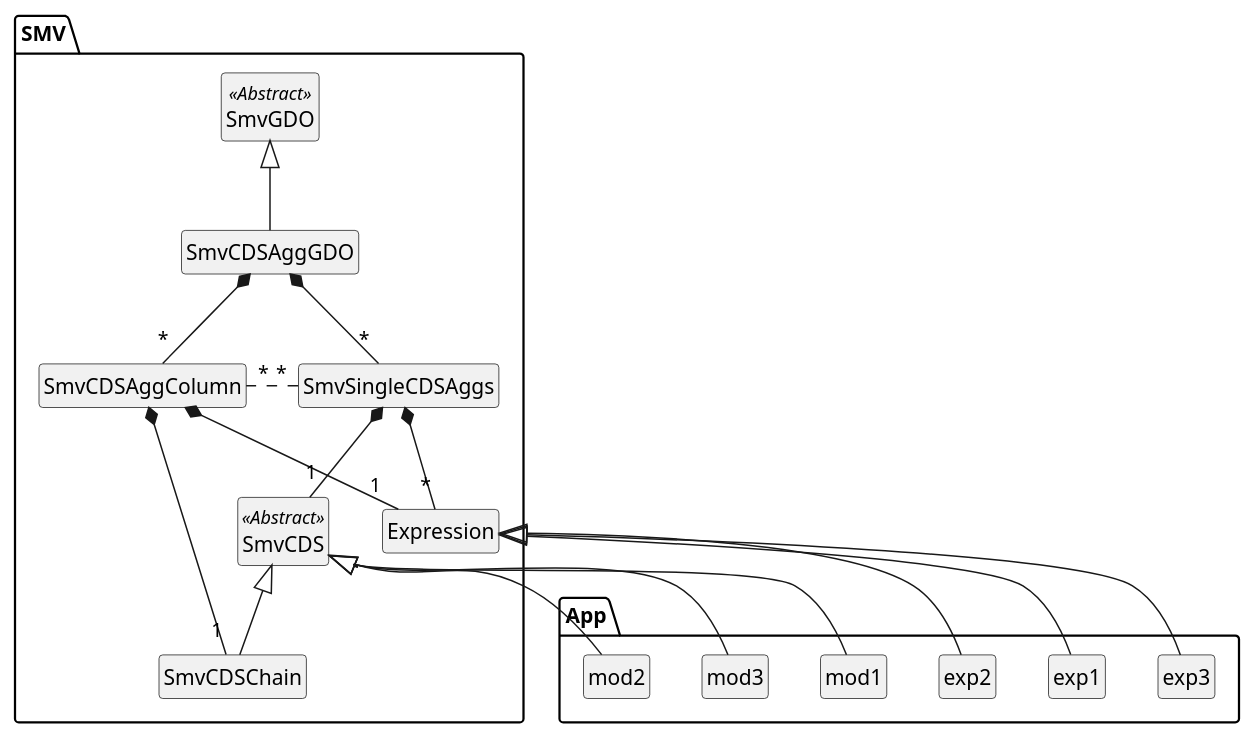
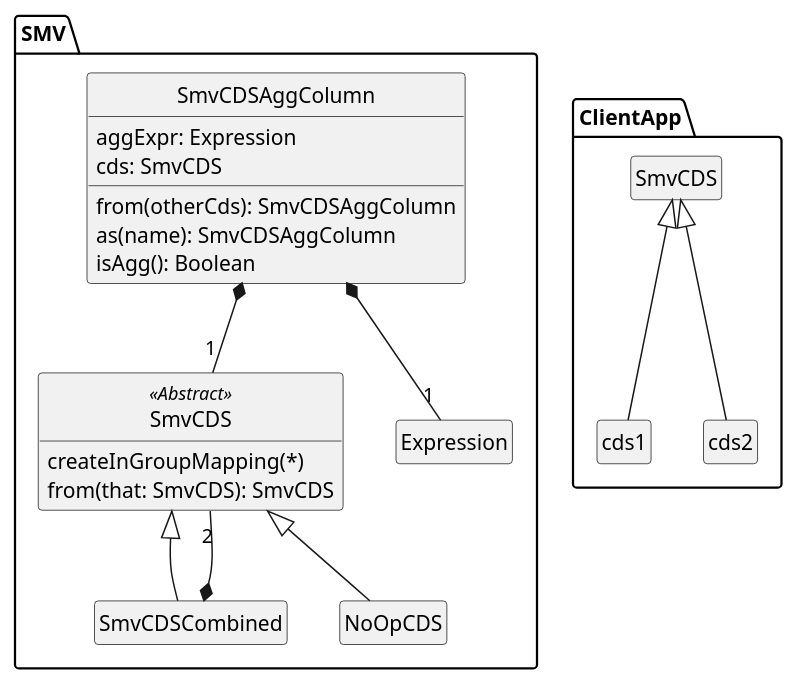
One commit to TresAmigosSD/SMV changed the diagram in docs/design/smvCDS.puml. Above: the diagram before and after it, drawn with PlantUML. The commit also changed 2 other files, not shown here.

Commit message:
Refine SmvCDS, SmvAggColumn structure

```diff
--- a/docs/design/smvCDS.puml
+++ b/docs/design/smvCDS.puml
@@ -1,40 +1,37 @@
 @startuml
 hide empty methods
 hide empty fields
 hide circle
 
 
 
 package SMV {
-  class Expression 
-  class SmvGDO <<Abstract>>
-  class SmvCDS <<Abstract>> 
-  class SmvCDSChain extends SmvCDS 
-  class SmvCDSAggColumn 
-
-  SmvCDSAggColumn *-- "1" SmvCDSChain
+  class SmvCDS <<Abstract>> {
+    createInGroupMapping(*)
+    from(that: SmvCDS): SmvCDS
+  }
+  
+  class SmvCDSCombined extends SmvCDS
+  class NoOpCDS extends SmvCDS
+  
+  SmvCDSCombined *-- "2" SmvCDS
+  
+  class SmvCDSAggColumn{
+    aggExpr: Expression
+    cds: SmvCDS
+    from(otherCds): SmvCDSAggColumn
+    as(name): SmvCDSAggColumn
+    isAgg(): Boolean
+  }
+  
   SmvCDSAggColumn *-- "1" Expression
+  SmvCDSAggColumn *-- "1" SmvCDS
   
-  class SmvSingleCDSAggs 
-  
-  SmvSingleCDSAggs *-- "1" SmvCDS
-  SmvSingleCDSAggs *-- "*" Expression
-  
-  SmvCDSAggColumn "*".L."*" SmvSingleCDSAggs
-  
-  class SmvCDSAggGDO extends SmvGDO 
-  
-  SmvCDSAggGDO *-- "*" SmvCDSAggColumn
-  SmvCDSAggGDO *-- "*" SmvSingleCDSAggs
 }
 
-package App {
-  SmvCDS <|-- mod3
-  SmvCDS <|-- mod2
-  SmvCDS <|-- mod1
-  Expression <|-- exp1
-  Expression <|-- exp2
-  Expression <|-- exp3
+package ClientApp {
+  class cds1 extends SmvCDS
+  class cds2 extends SmvCDS
 }
 
 @enduml
```
